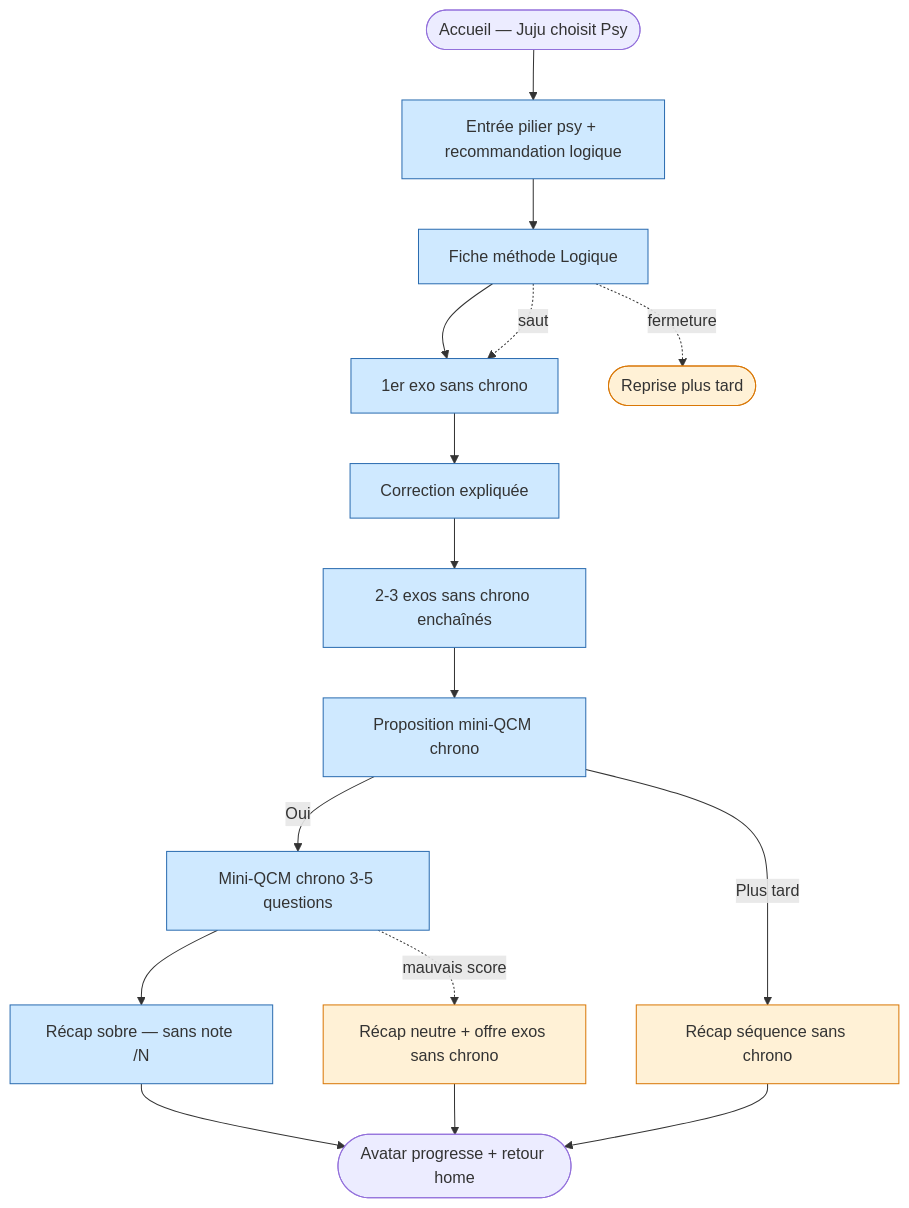
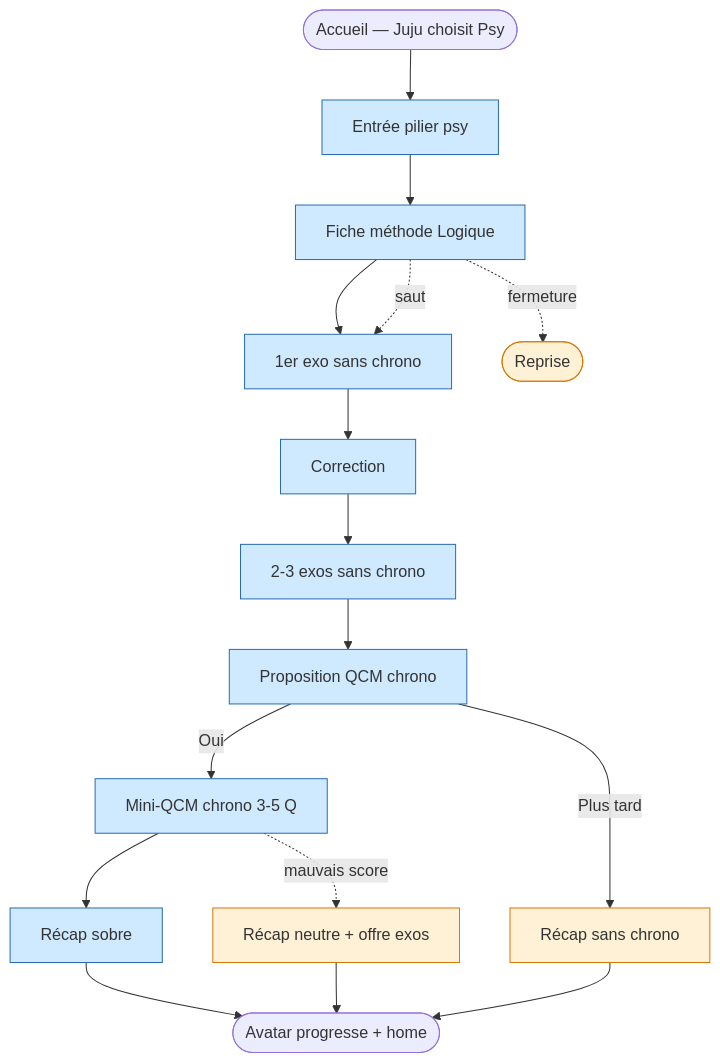
Before and after one commit to tnansot/juju-aviatrice: the diagram in docs/02-discovery/journeys/journey-decouverte-psychotechniques.md, drawn with Mermaid. The commit also changed other lines of this file and 11 other files, not shown here.

````diff
--- a/docs/02-discovery/journeys/journey-decouverte-psychotechniques.md
+++ b/docs/02-discovery/journeys/journey-decouverte-psychotechniques.md
@@ -145,24 +53,23 @@
 ```mermaid
 flowchart TD
-    Start([Accueil — Juju choisit Psy]) --> S1[Entrée pilier psy + recommandation logique]
+    Start([Accueil — Juju choisit Psy]) --> S1[Entrée pilier psy]
     S1 --> S2[Fiche méthode Logique]
     S2 --> S3[1er exo sans chrono]
-    S3 --> S4[Correction expliquée]
-    S4 --> S5[2-3 exos sans chrono enchaînés]
-    S5 --> S6[Proposition mini-QCM chrono]
-    S6 -- Oui --> S7[Mini-QCM chrono 3-5 questions]
-    S7 --> S8[Récap sobre — sans note /N]
-    S6 -- Plus tard --> S8b[Récap séquence sans chrono]
-    S8 --> End([Avatar progresse + retour home])
+    S3 --> S4[Correction]
+    S4 --> S5[2-3 exos sans chrono]
+    S5 --> S6[Proposition QCM chrono]
+    S6 -- Oui --> S7[Mini-QCM chrono 3-5 Q]
+    S7 --> S8[Récap sobre]
+    S6 -- Plus tard --> S8b[Récap sans chrono]
+    S8 --> End([Avatar progresse + home])
     S8b --> End
 
     S2 -. saut .-> S3
-    S2 -. fermeture .-> Reprise([Reprise plus tard])
-    S7 -. mauvais score .-> S7Bis[Récap neutre + offre exos sans chrono]
-    S7Bis --> End
+    S2 -. fermeture .-> Reprise([Reprise])
+    S7 -. mauvais score .-> S7Bis[Récap neutre + offre exos] --> End
 
     classDef m0 fill:#cfe9ff,stroke:#2b6cb0
     classDef alt fill:#fff1d6,stroke:#d97706
     class S1,S2,S3,S4,S5,S6,S7,S8 m0
     class S8b,S7Bis,Reprise alt
 ```
````
